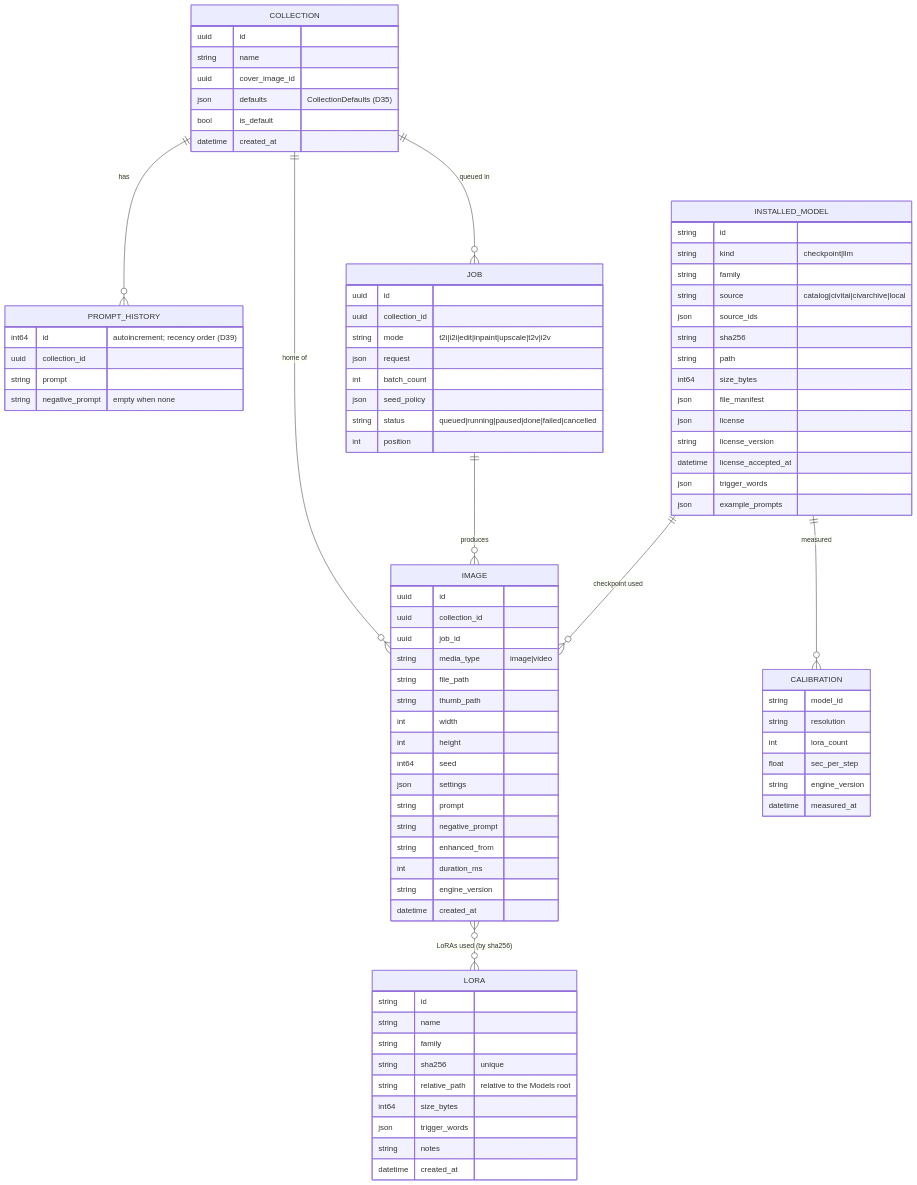
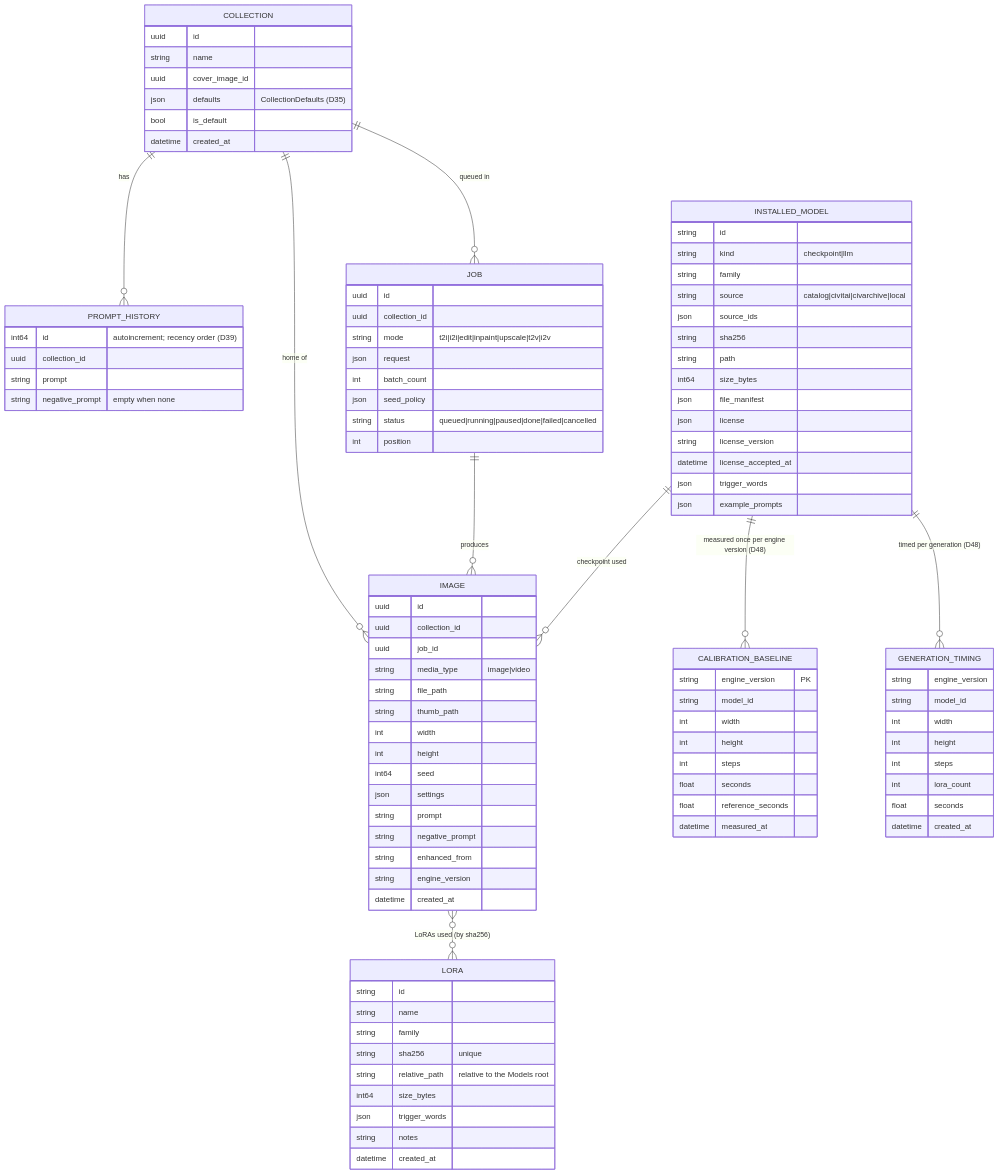
Before and after one commit to fearless-holdings/mlx-create: the fifth of 5 diagrams in docs/HLD.md, drawn with Mermaid. The commit also changed other lines of this file and 2 other files, not shown here.

Commit message:
docs(calibration): D48 and calibration LLD (U1)

````diff
--- a/docs/HLD.md
+++ b/docs/HLD.md
@@ -500,7 +501,8 @@
   JOB ||--o{ IMAGE : produces
   INSTALLED_MODEL ||--o{ IMAGE : "checkpoint used"
   IMAGE }o--o{ LORA : "LoRAs used (by sha256)"
-  INSTALLED_MODEL ||--o{ CALIBRATION : measured
+  INSTALLED_MODEL ||--o{ CALIBRATION_BASELINE : "measured once per engine version (D48)"
+  INSTALLED_MODEL ||--o{ GENERATION_TIMING : "timed per generation (D48)"
 
   COLLECTION {
     uuid id
@@ -540,7 +542,7 @@
     string prompt
     string negative_prompt
     string enhanced_from
-    int duration_ms
+    %% D48: generation time is kept in GENERATION_TIMING, not on the image row
     string engine_version
     datetime created_at
   }
@@ -571,12 +573,26 @@
     string notes
     datetime created_at
   }
-  CALIBRATION {
+  %% D48: one baseline per engine version, written only after a successful measured render
+  CALIBRATION_BASELINE {
+    string engine_version PK
     string model_id
-    string resolution
-    int lora_count
-    float sec_per_step
-    string engine_version
+    int width
+    int height
+    int steps
+    float seconds
+    float reference_seconds
     datetime measured_at
   }
+  %% D48: one row per real generation; the estimator reads the newest five per key
+  GENERATION_TIMING {
+    string engine_version
+    string model_id
+    int width
+    int height
+    int steps
+    int lora_count
+    float seconds
+    datetime created_at
+  }
 ```
````
